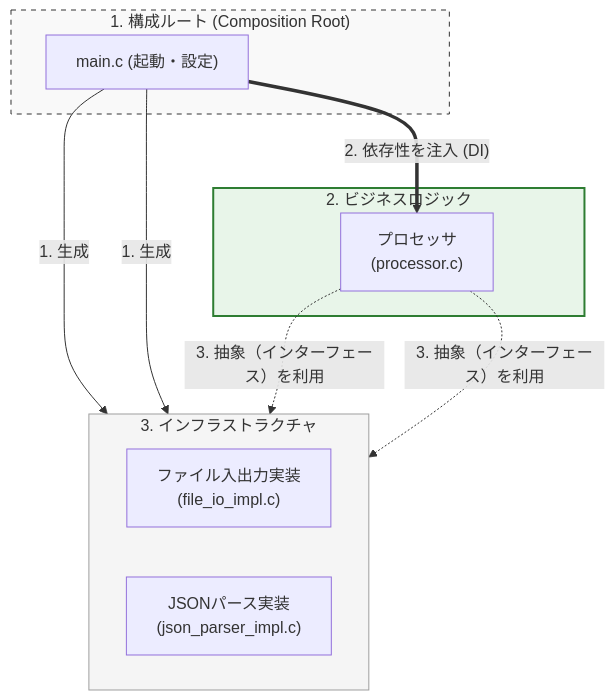
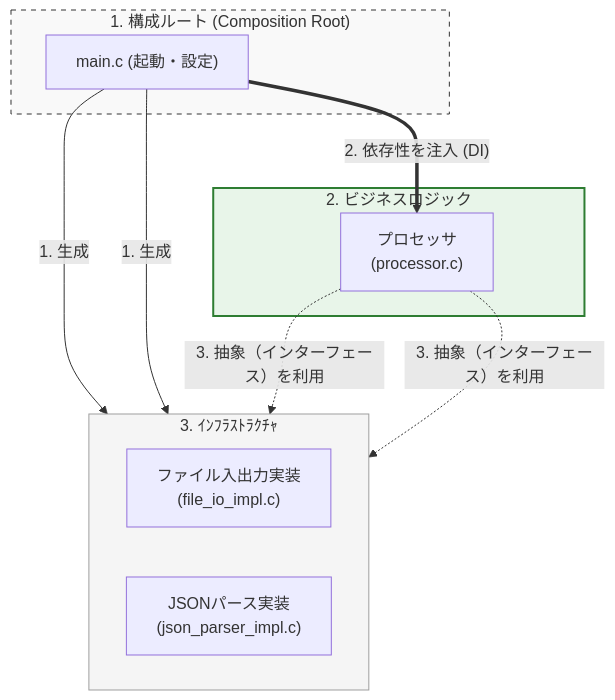
Before and after one commit to kumachan1101/BookProject: the diagram in 02_章別/17_第2部 第13章 統合実践（基本）_02.md, drawn with Mermaid. The commit also changed 175 other files, not shown here.

````diff
--- a/02_章別/17_第2部 第13章 統合実践（基本）_02.md
+++ b/02_章別/17_第2部 第13章 統合実践（基本）_02.md
@@ -90,37 +90,37 @@
 ```mermaid
 graph TB
       %% 1. 構成ルート（最上位：組み立ての責任者）
       subgraph Root ["1. 構成ルート (Composition Root)"]
           Main["main.c (起動・設定)"]
       end
 
       %% 2. ビジネスロジック（中央：純粋な処理）
       subgraph Logic ["2. ビジネスロジック"]
           Proc["プロセッサ<br/>(processor.c)"]
       end
 
       %% 3. 実装（最下位：具体的なデバイス・ファイル）
-      subgraph Infrastructure ["3. インフラストラクチャ"]
+      subgraph Infrastructure ["3. ｲﾝﾌﾗｽﾄﾗｸﾁｬ"]
           direction LR
           IO["ファイル入出力実装<br/>(file_io_impl.c)"]
           JSON["JSONパース実装<br/>(json_parser_impl.c)"]
       end
 
       %% --- 依存と実行のフロー ---
 
       %% ① 生成フロー
       Main -- "1. 生成" --> IO
       Main -- "1. 生成" --> JSON
 
       %% ② 注入フロー
       Main ==>|"2. 依存性を注入 (DI)"| Proc
 
       %% ③ 利用フロー
       Proc -.->|"3. 抽象（インターフェース）を利用"| IO
       Proc -.->|"3. 抽象（インターフェース）を利用"| JSON
 
       %% スタイル設定
       style Root fill:#f9f9f9,stroke:#333,stroke-dasharray: 5 5
       style Logic fill:#e8f5e9,stroke:#2e7d32,stroke-width:2px
       style Infrastructure fill:#f5f5f5,stroke:#9e9e9e
 ```
````
